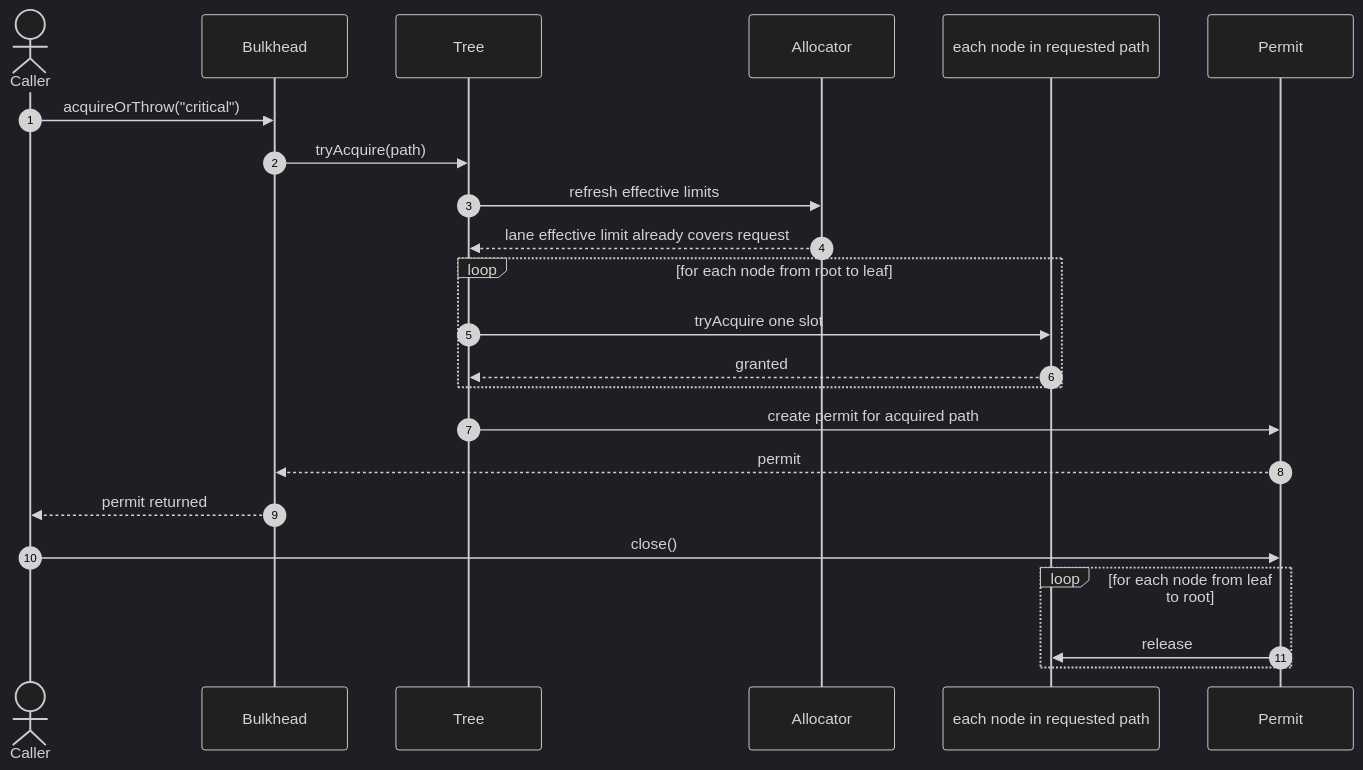
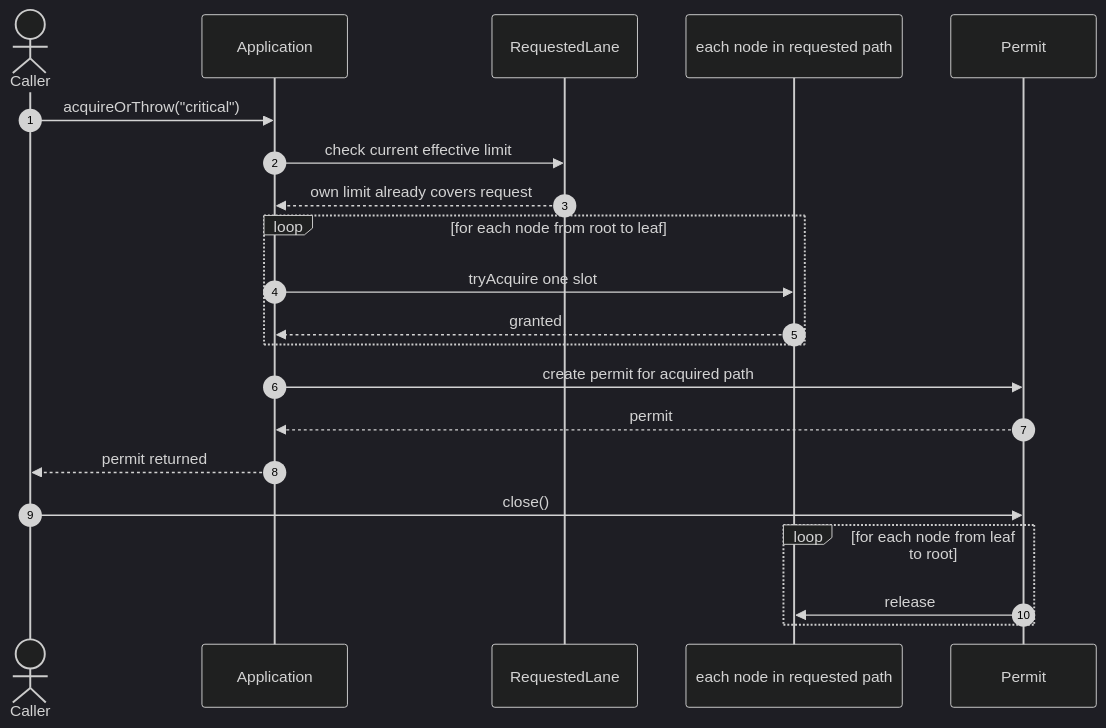
One commit to rrobetti/adaptive-bulkhead changed the first of 4 diagrams in docs/sequence-diagrams.md. Above: the diagram before and after it, drawn with Mermaid (dark theme). The commit also changed other lines of this file, not shown here.

Commit message:
docs: simplify sequence diagram participants

````diff
--- a/docs/sequence-diagrams.md
+++ b/docs/sequence-diagrams.md
@@ -10,25 +10,23 @@
 ```mermaid
 sequenceDiagram
     autonumber
     actor Caller
-    participant Bulkhead
-    participant Tree
-    participant Allocator
+    participant Application
+    participant RequestedLane
     participant PathNode as each node in requested path
     participant Permit
-    Caller->>Bulkhead: acquireOrThrow("critical")
-    Bulkhead->>Tree: tryAcquire(path)
-    Tree->>Allocator: refresh effective limits
-    Allocator-->>Tree: lane effective limit already covers request
+    Caller->>Application: acquireOrThrow("critical")
+    Application->>RequestedLane: check current effective limit
+    RequestedLane-->>Application: own limit already covers request
     loop for each node from root to leaf
-        Tree->>PathNode: tryAcquire one slot
-        PathNode-->>Tree: granted
+        Application->>PathNode: tryAcquire one slot
+        PathNode-->>Application: granted
     end
-    Tree->>Permit: create permit for acquired path
-    Permit-->>Bulkhead: permit
-    Bulkhead-->>Caller: permit returned
+    Application->>Permit: create permit for acquired path
+    Permit-->>Application: permit
+    Application-->>Caller: permit returned
     Caller->>Permit: close()
     loop for each node from leaf to root
         Permit->>PathNode: release
     end
 ```
````
